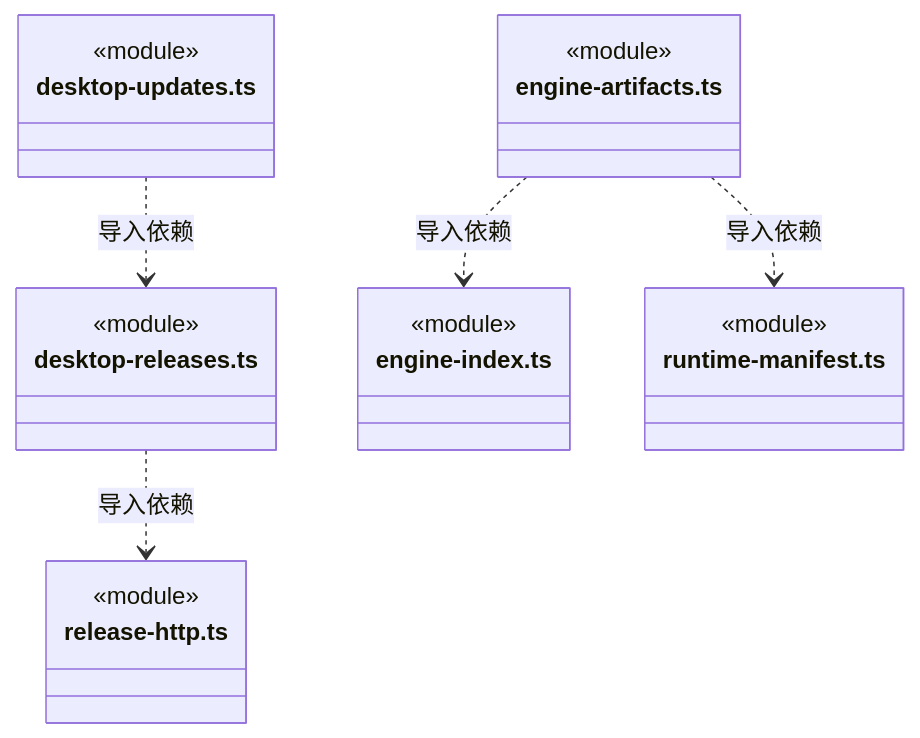
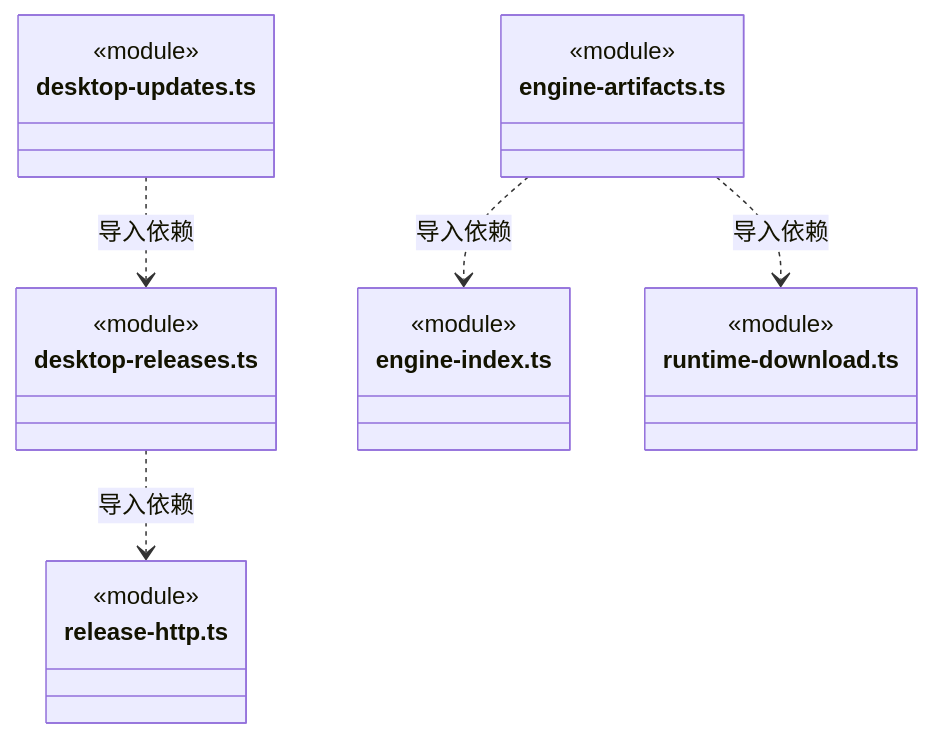
One commit to nan023062/cbim changed diagram 23 of 28 in src/logic/updates/service/ARCHITECTURE.md. Above: the diagram before and after it, drawn with Mermaid. The commit also changed other lines of this file and 112 other files, not shown here.

Commit message:
docs: align source architecture with current declarations and contracts

````diff
--- a/src/logic/updates/service/ARCHITECTURE.md
+++ b/src/logic/updates/service/ARCHITECTURE.md
@@ -631,25 +634,25 @@
 ```mermaid
 classDiagram
 class N_src_logic_updates_service_desktop_releases_ts["desktop-releases.ts"] {
   <<module>>
 }
 class N_src_logic_updates_service_release_http_ts["release-http.ts"] {
   <<module>>
 }
 class N_src_logic_updates_service_desktop_updates_ts["desktop-updates.ts"] {
   <<module>>
 }
 class N_src_logic_updates_service_engine_artifacts_ts["engine-artifacts.ts"] {
   <<module>>
 }
 class N_src_logic_updates_service_engine_index_ts["engine-index.ts"] {
   <<module>>
 }
-class N_src_logic_updates_service_runtime_manifest_ts["runtime-manifest.ts"] {
+class N_src_logic_updates_service_runtime_download_ts["runtime-download.ts"] {
   <<module>>
 }
 N_src_logic_updates_service_desktop_releases_ts ..> N_src_logic_updates_service_release_http_ts : 导入依赖
 N_src_logic_updates_service_desktop_updates_ts ..> N_src_logic_updates_service_desktop_releases_ts : 导入依赖
 N_src_logic_updates_service_engine_artifacts_ts ..> N_src_logic_updates_service_engine_index_ts : 导入依赖
-N_src_logic_updates_service_engine_artifacts_ts ..> N_src_logic_updates_service_runtime_manifest_ts : 导入依赖
+N_src_logic_updates_service_engine_artifacts_ts ..> N_src_logic_updates_service_runtime_download_ts : 导入依赖
 ```
````
